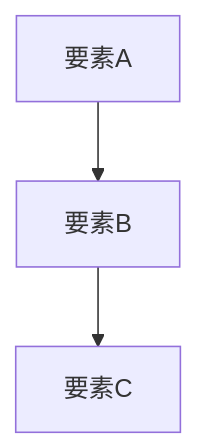
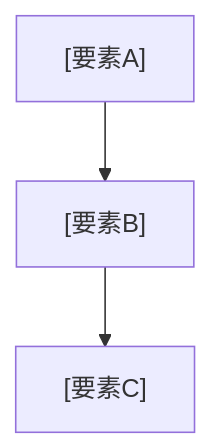
The diagram in skills/markdown-doc/templates/explanation-standard.md (SuperPyonchiX/.agents), drawn with Mermaid before and after one commit. The commit also changed other lines of this file and 4 other files, not shown here.

````diff
--- a/skills/markdown-doc/templates/explanation-standard.md
+++ b/skills/markdown-doc/templates/explanation-standard.md
@@ -20,5 +11,5 @@
 ```mermaid
-graph TD
-    A[要素A] --> B[要素B]
-    B --> C[要素C]
+flowchart TD
+    A["[要素A]"] --> B["[要素B]"]
+    B --> C["[要素C]"]
 ```
````
